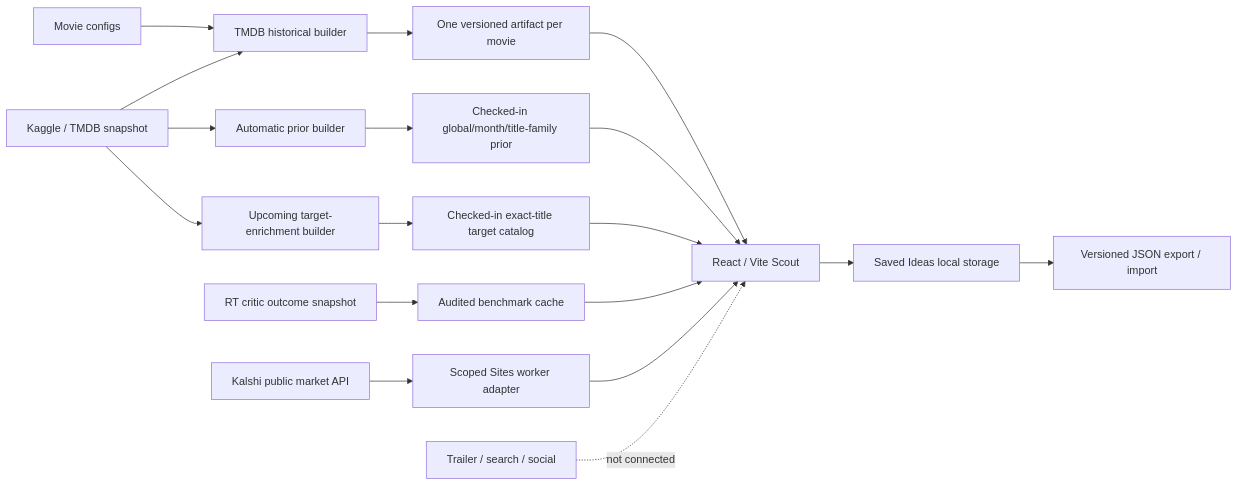
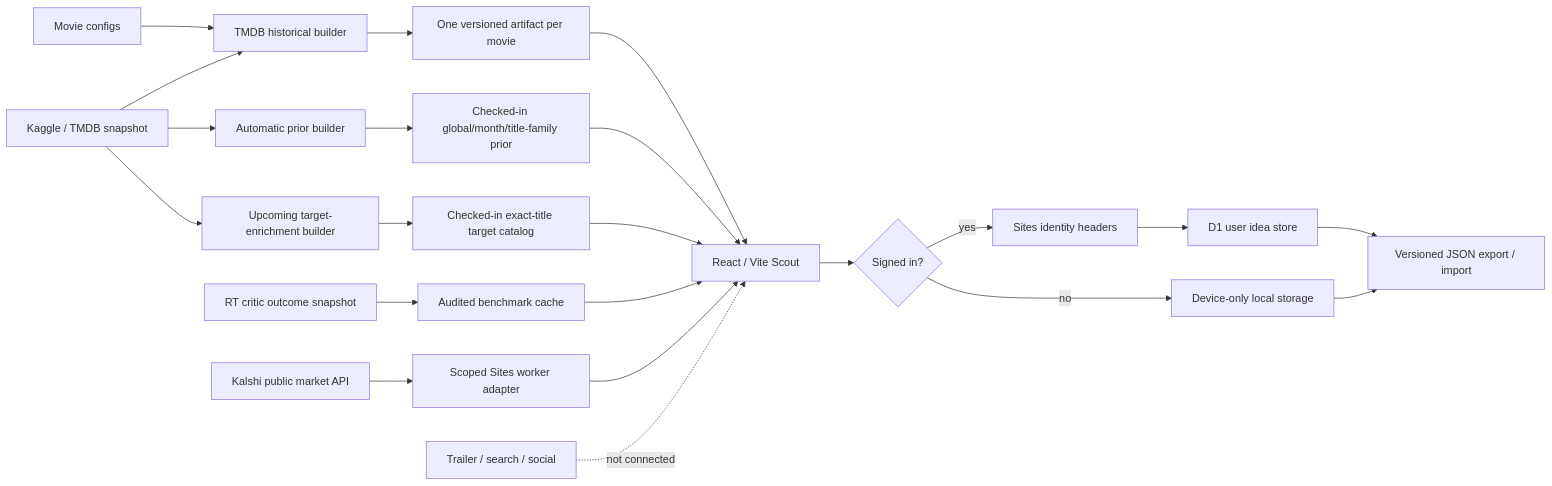
The diagram in README.md (CheickDiakite-yikes/cutline-movie-market), drawn with Mermaid before and after one commit. The commit also changed other lines of this file and 20 other files, not shown here.

Commit message:
Add private per-user idea sync

````diff
--- a/README.md
+++ b/README.md
@@ -213,21 +214,25 @@
 ```mermaid
 flowchart LR
     A[Movie configs] --> B[TMDB historical builder]
     C[Kaggle / TMDB snapshot] --> B
     B --> D[One versioned artifact per movie]
     C --> M[Automatic prior builder]
     M --> N[Checked-in global/month/title-family prior]
     C --> O[Upcoming target-enrichment builder]
     O --> P[Checked-in exact-title target catalog]
     E[RT critic outcome snapshot] --> F[Audited benchmark cache]
     D --> G[React / Vite Scout]
     N --> G
     P --> G
     F --> G
     H[Kalshi public market API] --> I[Scoped Sites worker adapter]
     I --> G
-    G --> J[Saved Ideas local storage]
-    J --> K[Versioned JSON export / import]
+    G --> J{Signed in?}
+    J -->|yes| Q[Sites identity headers]
+    Q --> R[D1 user idea store]
+    J -->|no| S[Device-only local storage]
+    R --> K[Versioned JSON export / import]
+    S --> K
 
     L[Trailer / search / social] -. not connected .-> G
 ```
````
